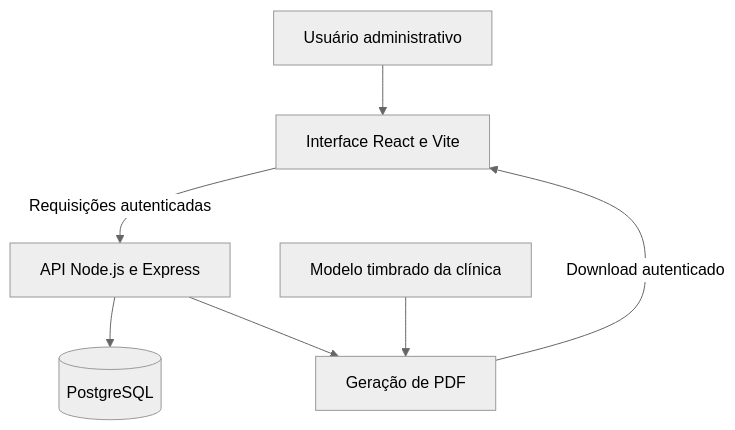
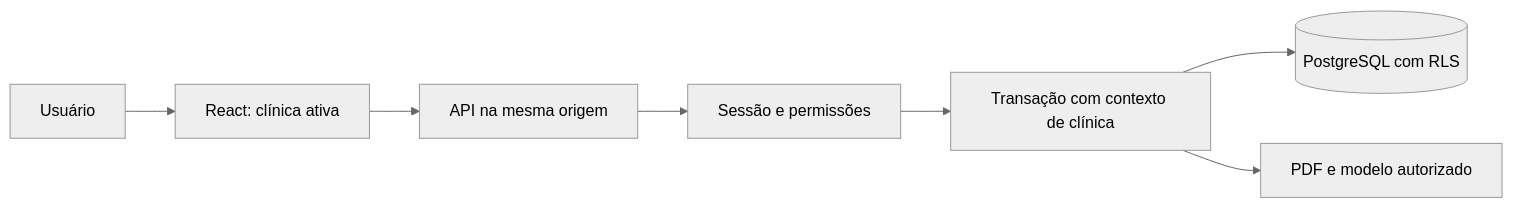
The diagram in docs/arquitetura.md (dev-alef/cuidadoclin-showcase), drawn with Mermaid (neutral theme) before and after one commit. The commit also changed other lines of this file and 7 other files, not shown here.

````diff
--- a/docs/arquitetura.md
+++ b/docs/arquitetura.md
@@ -5,9 +3,9 @@
 ```mermaid
-flowchart TB
-    U[Usuário administrativo] --> F[Interface React e Vite]
-    F -->|Requisições autenticadas| A[API Node.js e Express]
-    A --> P[(PostgreSQL)]
-    A --> D[Geração de PDF]
-    T[Modelo timbrado da clínica] --> D
-    D -->|Download autenticado| F
+flowchart LR
+    U[Usuário] --> F[React: clínica ativa]
+    F --> P[API na mesma origem]
+    P --> A[Sessão e permissões]
+    A --> T[Transação com contexto de clínica]
+    T --> DB[(PostgreSQL com RLS)]
+    T --> D[PDF e modelo autorizado]
 ```
````
